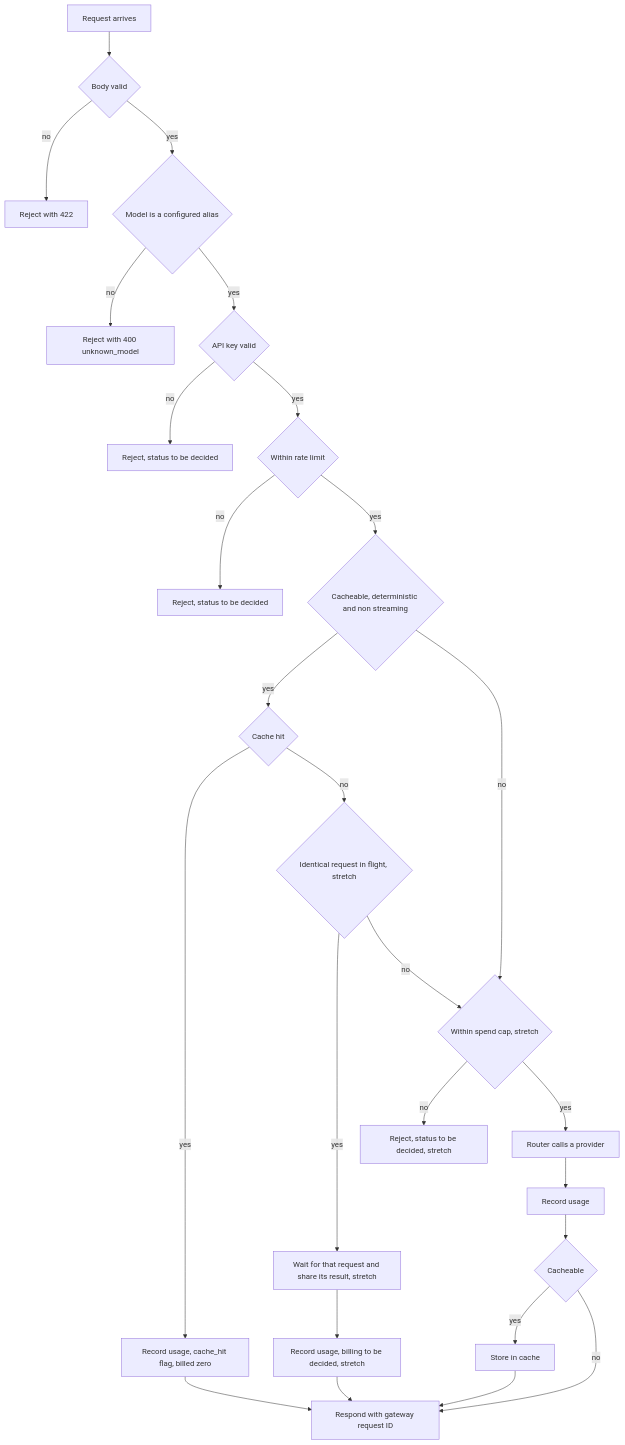
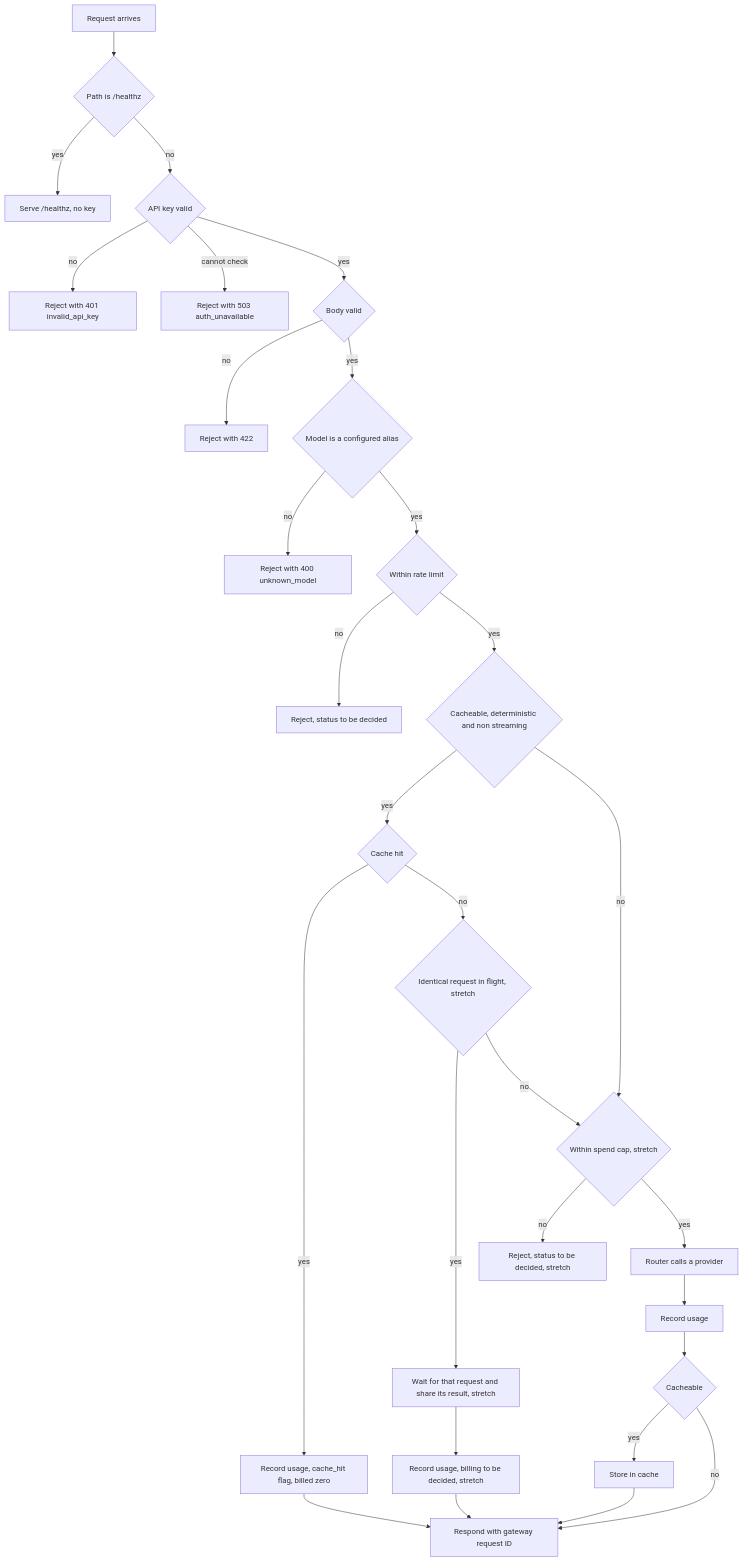
One commit to Jasmeet-011/LLMGateway changed the second of 6 diagrams in FLOW.md. Above: the diagram before and after it, drawn with Mermaid. The commit also changed other lines of this file and 3 other files, not shown here.

````diff
--- a/FLOW.md
+++ b/FLOW.md
@@ -37,28 +37,31 @@
 ```mermaid
 flowchart TD
-    A[Request arrives] --> B{Body valid}
+    A[Request arrives] --> HZ{Path is /healthz}
+    HZ -->|yes| HOK[Serve /healthz, no key]
+    HZ -->|no| C{API key valid}
+    C -->|no| R2[Reject with 401 invalid_api_key]
+    C -->|cannot check| R5[Reject with 503 auth_unavailable]
+    C -->|yes| B{Body valid}
     B -->|no| R1[Reject with 422]
     B -->|yes| AL{Model is a configured alias}
     AL -->|no| R0[Reject with 400 unknown_model]
-    AL -->|yes| C{API key valid}
-    C -->|no| R2[Reject, status to be decided]
-    C -->|yes| D{Within rate limit}
+    AL -->|yes| D{Within rate limit}
     D -->|no| R3[Reject, status to be decided]
     D -->|yes| K{Cacheable, deterministic and non streaming}
     K -->|yes| E{Cache hit}
     E -->|yes| H[Record usage, cache_hit flag, billed zero]
     E -->|no| F{Identical request in flight, stretch}
     F -->|yes| W[Wait for that request and share its result, stretch]
     W --> WU[Record usage, billing to be decided, stretch]
     F -->|no| G{Within spend cap, stretch}
     K -->|no| G
     G -->|no| R4[Reject, status to be decided, stretch]
     G -->|yes| RT[Router calls a provider]
     RT --> U[Record usage]
     U --> S{Cacheable}
     S -->|yes| SC[Store in cache]
     S -->|no| OUT[Respond with gateway request ID]
     SC --> OUT
     H --> OUT
     WU --> OUT
 ```
````
